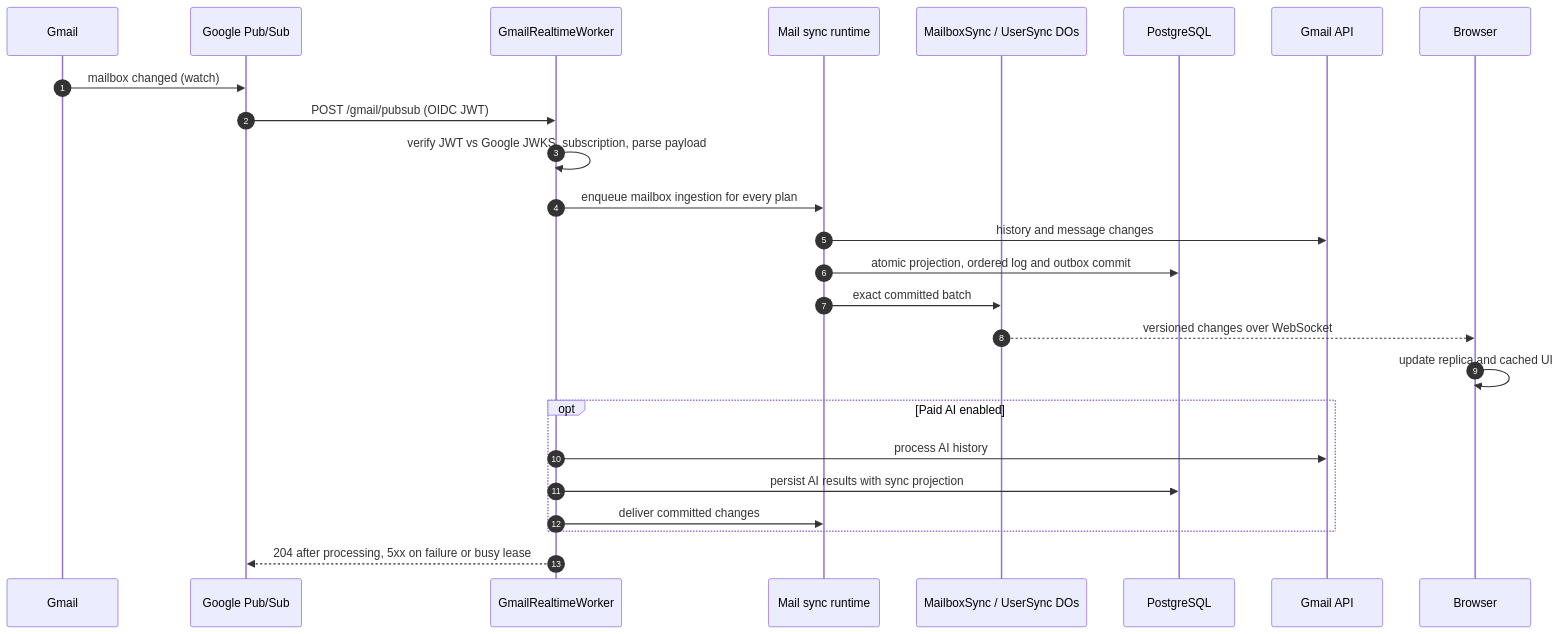
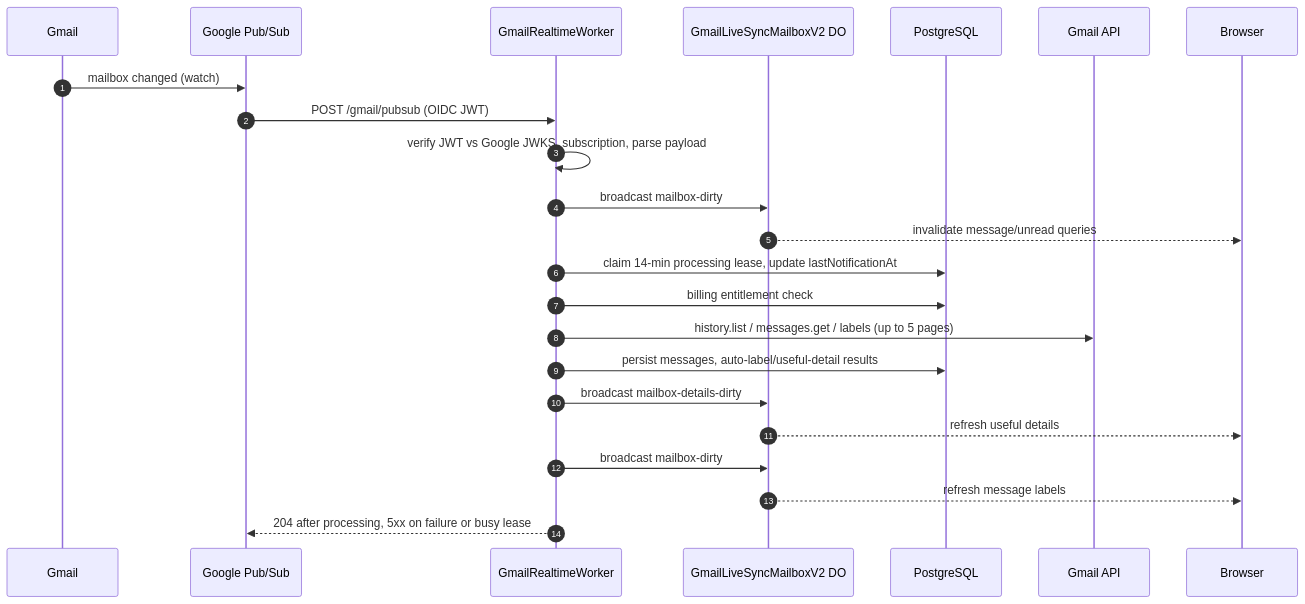
Before and after one commit to quieter-email/quieter: the second of 6 diagrams in docs/infrastructure-map.md, drawn with Mermaid. The commit also changed other lines of this file and 223 other files, not shown here.

First line of the commit message:
revert(sync): remove the custom mail sync engine (#290)

````diff
--- a/docs/infrastructure-map.md
+++ b/docs/infrastructure-map.md
@@ -176,28 +163,26 @@
 ```mermaid
 sequenceDiagram
     autonumber
     participant G as Gmail
     participant P as Google Pub/Sub
     participant W as GmailRealtimeWorker
-    participant S as Mail sync runtime
-    participant D as MailboxSync / UserSync DOs
+    participant D as GmailLiveSyncMailboxV2 DO
     participant DB as PostgreSQL
     participant A as Gmail API
     participant B as Browser
 
     G->>P: mailbox changed (watch)
     P->>W: POST /gmail/pubsub (OIDC JWT)
     W->>W: verify JWT vs Google JWKS, subscription, parse payload
-    W->>S: enqueue mailbox ingestion for every plan
-    S->>A: history and message changes
-    S->>DB: atomic projection, ordered log and outbox commit
-    S->>D: exact committed batch
-    D-->>B: versioned changes over WebSocket
-    B->>B: update replica and cached UI
-    opt Paid AI enabled
-        W->>A: process AI history
-        W->>DB: persist AI results with sync projection
-        W->>S: deliver committed changes
-    end
+    W->>D: broadcast mailbox-dirty
+    D-->>B: invalidate message/unread queries
+    W->>DB: claim 14-min processing lease, update lastNotificationAt
+    W->>DB: billing entitlement check
+    W->>A: history.list / messages.get / labels (up to 5 pages)
+    W->>DB: persist messages, auto-label/useful-detail results
+    W->>D: broadcast mailbox-details-dirty
+    D-->>B: refresh useful details
+    W->>D: broadcast mailbox-dirty
+    D-->>B: refresh message labels
     W-->>P: 204 after processing, 5xx on failure or busy lease
 ```
````
